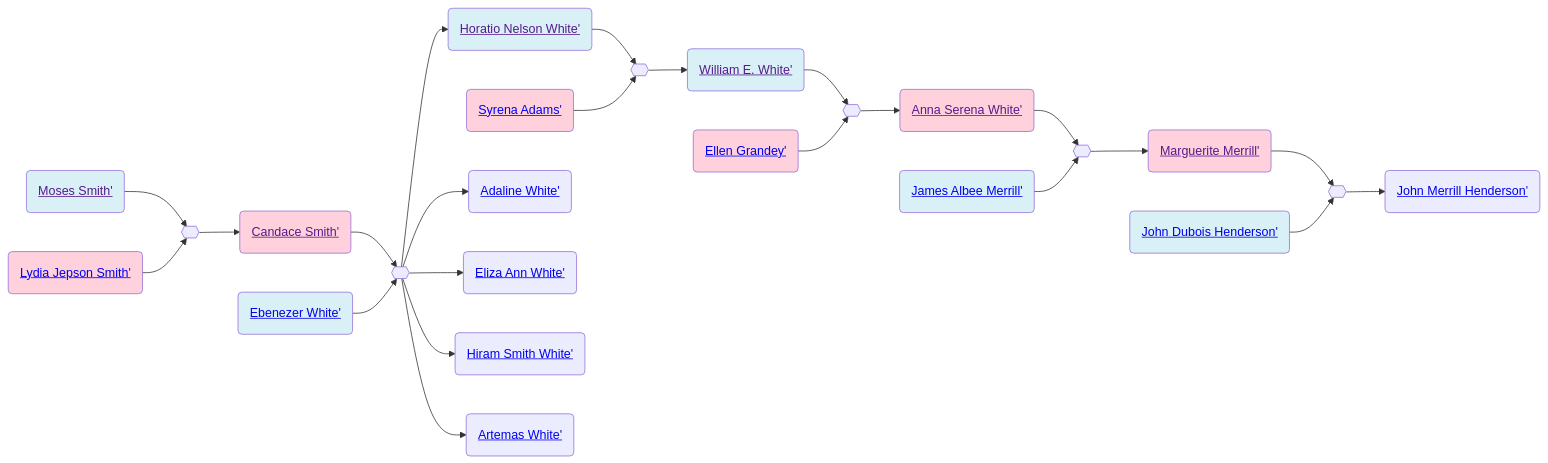
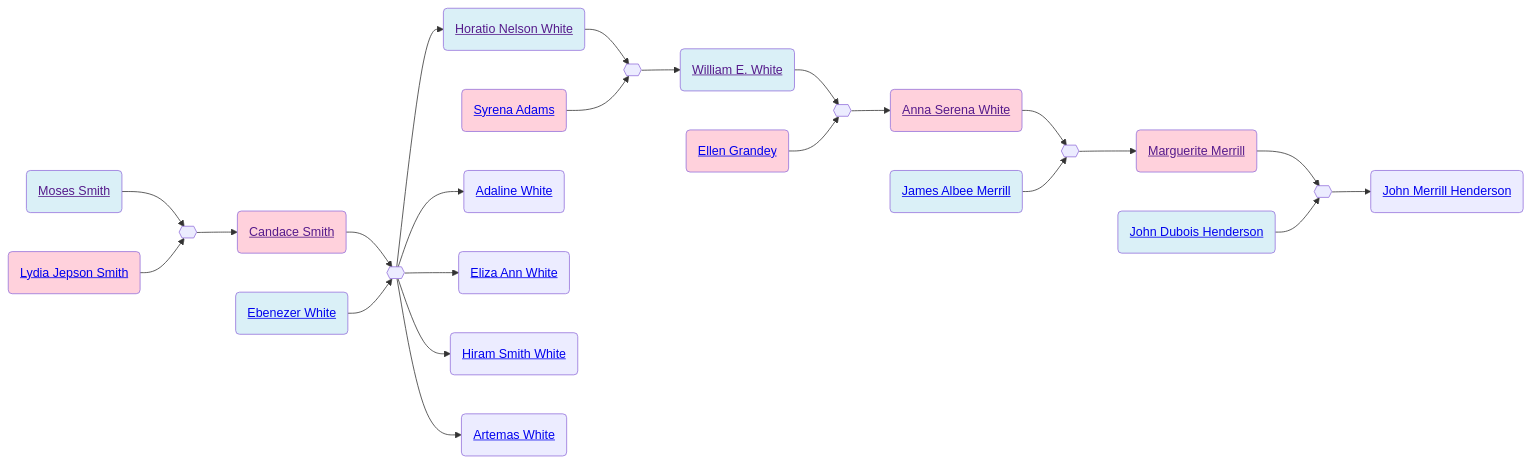
The second of 2 diagrams in familyhistory/sources/people/Moses_Smith_connections/Moses_Smith.qmd (neelsmith/avocational), drawn with Mermaid before and after one commit. The commit also changed other lines of this file and 96 other files, not shown here.

````diff
--- a/familyhistory/sources/people/Moses_Smith_connections/Moses_Smith.qmd
+++ b/familyhistory/sources/people/Moses_Smith_connections/Moses_Smith.qmd
@@ -43,56 +43,56 @@
 ```{mermaid}
 graph LR
 %% LR descendant diagram
 class Moses_Smith_and_Lydia_Jepson_Smith marriage
-Moses_Smith(<a href=''>Moses Smith'</>) --> Moses_Smith_and_Lydia_Jepson_Smith{{ }}
-Lydia_Jepson_Smith(<a href='./../Merrill-line/White-line/Candace-Smith-line/Lydia_Jepson_Smith.html'>Lydia Jepson Smith'</>) --> Moses_Smith_and_Lydia_Jepson_Smith{{ }}
+Moses_Smith(<a href=''>Moses Smith</a>) --> Moses_Smith_and_Lydia_Jepson_Smith{{ }}
+Lydia_Jepson_Smith(<a href='./../Merrill-line/White-line/Candace-Smith-line/Lydia_Jepson_Smith.html'>Lydia Jepson Smith</a>) --> Moses_Smith_and_Lydia_Jepson_Smith{{ }}
 class Moses_Smith father
 class Lydia_Jepson_Smith mother
-Moses_Smith_and_Lydia_Jepson_Smith{{ }} --> Candace_Smith(<a href='./../Merrill-line/White-line/Candace-Smith-line/Candace_Smith.html'>Candace Smith'</>)
+Moses_Smith_and_Lydia_Jepson_Smith{{ }} --> Candace_Smith(<a href='./../Merrill-line/White-line/Candace-Smith-line/Candace_Smith.html'>Candace Smith</a>)
 class Candace_Smith_and_Ebenezer_White marriage
-Candace_Smith(<a href=''>Candace Smith'</>) --> Candace_Smith_and_Ebenezer_White{{ }}
-Ebenezer_White(<a href='./../Ebenezer_White.html'>Ebenezer White'</>) --> Candace_Smith_and_Ebenezer_White{{ }}
+Candace_Smith(<a href=''>Candace Smith</a>) --> Candace_Smith_and_Ebenezer_White{{ }}
+Ebenezer_White(<a href='./../Ebenezer_White.html'>Ebenezer White</a>) --> Candace_Smith_and_Ebenezer_White{{ }}
 class Ebenezer_White father
 class Candace_Smith mother
-Candace_Smith_and_Ebenezer_White{{ }} --> Horatio_Nelson_White(<a href='./../Horatio_Nelson_White.html'>Horatio Nelson White'</>)
+Candace_Smith_and_Ebenezer_White{{ }} --> Horatio_Nelson_White(<a href='./../Horatio_Nelson_White.html'>Horatio Nelson White</a>)
 class Horatio_Nelson_White_and_Syrena_Adams marriage
-Horatio_Nelson_White(<a href=''>Horatio Nelson White'</>) --> Horatio_Nelson_White_and_Syrena_Adams{{ }}
-Syrena_Adams(<a href='./Syrena_Adams.html'>Syrena Adams'</>) --> Horatio_Nelson_White_and_Syrena_Adams{{ }}
+Horatio_Nelson_White(<a href=''>Horatio Nelson White</a>) --> Horatio_Nelson_White_and_Syrena_Adams{{ }}
+Syrena_Adams(<a href='./Syrena_Adams.html'>Syrena Adams</a>) --> Horatio_Nelson_White_and_Syrena_Adams{{ }}
 class Horatio_Nelson_White father
 class Syrena_Adams mother
-Horatio_Nelson_White_and_Syrena_Adams{{ }} --> William_E._White(<a href='./William_E._White.html'>William E. White'</>)
+Horatio_Nelson_White_and_Syrena_Adams{{ }} --> William_E._White(<a href='./William_E._White.html'>William E. White</a>)
 class William_E._White_and_Ellen_Grandey marriage
-William_E._White(<a href=''>William E. White'</>) --> William_E._White_and_Ellen_Grandey{{ }}
-Ellen_Grandey(<a href='./../Grandey-line/Ellen_Grandey.html'>Ellen Grandey'</>) --> William_E._White_and_Ellen_Grandey{{ }}
+William_E._White(<a href=''>William E. White</a>) --> William_E._White_and_Ellen_Grandey{{ }}
+Ellen_Grandey(<a href='./../Grandey-line/Ellen_Grandey.html'>Ellen Grandey</a>) --> William_E._White_and_Ellen_Grandey{{ }}
 class William_E._White father
 class Ellen_Grandey mother
-William_E._White_and_Ellen_Grandey{{ }} --> Anna_Serena_White(<a href='./Anna_Serena_White.html'>Anna Serena White'</>)
+William_E._White_and_Ellen_Grandey{{ }} --> Anna_Serena_White(<a href='./Anna_Serena_White.html'>Anna Serena White</a>)
 class Anna_Serena_White_and_James_Albee_Merrill marriage
-Anna_Serena_White(<a href=''>Anna Serena White'</>) --> Anna_Serena_White_and_James_Albee_Merrill{{ }}
-James_Albee_Merrill(<a href='./../James_Albee_Merrill.html'>James Albee Merrill'</>) --> Anna_Serena_White_and_James_Albee_Merrill{{ }}
+Anna_Serena_White(<a href=''>Anna Serena White</a>) --> Anna_Serena_White_and_James_Albee_Merrill{{ }}
+James_Albee_Merrill(<a href='./../James_Albee_Merrill.html'>James Albee Merrill</a>) --> Anna_Serena_White_and_James_Albee_Merrill{{ }}
 class James_Albee_Merrill father
 class Anna_Serena_White mother
-Anna_Serena_White_and_James_Albee_Merrill{{ }} --> Marguerite_Merrill(<a href='./../Marguerite_Merrill.html'>Marguerite Merrill'</>)
+Anna_Serena_White_and_James_Albee_Merrill{{ }} --> Marguerite_Merrill(<a href='./../Marguerite_Merrill.html'>Marguerite Merrill</a>)
 class Marguerite_Merrill_and_John_Dubois_Henderson marriage
-Marguerite_Merrill(<a href=''>Marguerite Merrill'</>) --> Marguerite_Merrill_and_John_Dubois_Henderson{{ }}
-John_Dubois_Henderson(<a href='./../Henderson-line/John_Dubois_Henderson.html'>John Dubois Henderson'</>) --> Marguerite_Merrill_and_John_Dubois_Henderson{{ }}
+Marguerite_Merrill(<a href=''>Marguerite Merrill</a>) --> Marguerite_Merrill_and_John_Dubois_Henderson{{ }}
+John_Dubois_Henderson(<a href='./../Henderson-line/John_Dubois_Henderson.html'>John Dubois Henderson</a>) --> Marguerite_Merrill_and_John_Dubois_Henderson{{ }}
 class John_Dubois_Henderson father
 class Marguerite_Merrill mother
-Marguerite_Merrill_and_John_Dubois_Henderson{{ }} --> John_Merrill_Henderson(<a href='./../Henderson-line/John_Merrill_Henderson.html'>John Merrill Henderson'</>)
+Marguerite_Merrill_and_John_Dubois_Henderson{{ }} --> John_Merrill_Henderson(<a href='./../Henderson-line/John_Merrill_Henderson.html'>John Merrill Henderson</a>)
 class Ebenezer_White father
 class Candace_Smith mother
-Candace_Smith_and_Ebenezer_White{{ }} --> Adaline_White(<a href='./../Adaline_White.html'>Adaline White'</>)
+Candace_Smith_and_Ebenezer_White{{ }} --> Adaline_White(<a href='./../Adaline_White.html'>Adaline White</a>)
 class Ebenezer_White father
 class Candace_Smith mother
-Candace_Smith_and_Ebenezer_White{{ }} --> Eliza_Ann_White(<a href='./../Eliza_Ann_White.html'>Eliza Ann White'</>)
+Candace_Smith_and_Ebenezer_White{{ }} --> Eliza_Ann_White(<a href='./../Eliza_Ann_White.html'>Eliza Ann White</a>)
 class Ebenezer_White father
 class Candace_Smith mother
-Candace_Smith_and_Ebenezer_White{{ }} --> Hiram_Smith_White(<a href='./../Hiram_Smith_White.html'>Hiram Smith White'</>)
+Candace_Smith_and_Ebenezer_White{{ }} --> Hiram_Smith_White(<a href='./../Hiram_Smith_White.html'>Hiram Smith White</a>)
 class Ebenezer_White father
 class Candace_Smith mother
-Candace_Smith_and_Ebenezer_White{{ }} --> Artemas_White(<a href='./../Artemas_White.html'>Artemas White'</>)
+Candace_Smith_and_Ebenezer_White{{ }} --> Artemas_White(<a href='./../Artemas_White.html'>Artemas White</a>)
 classDef mother fill:#ffd1dc
 classDef father fill:#daf0f7  
 classDef marriage fill:#ffffff
 
 ```
````
